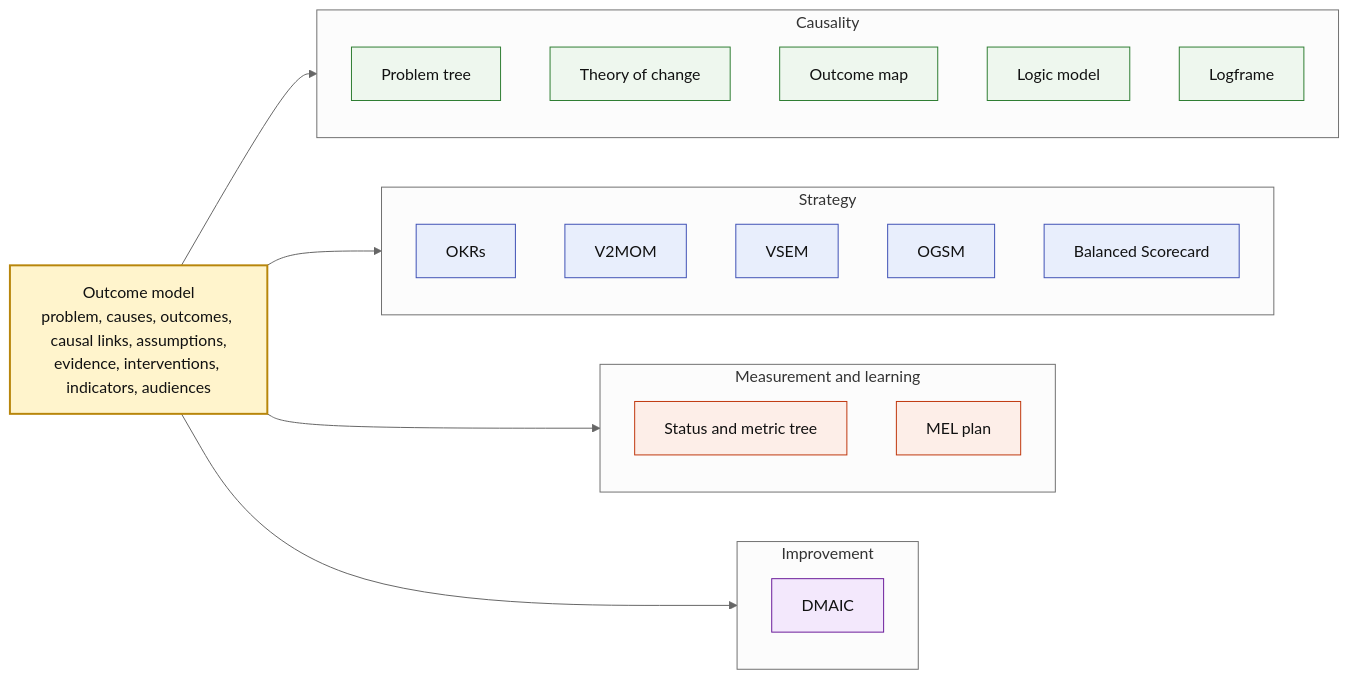
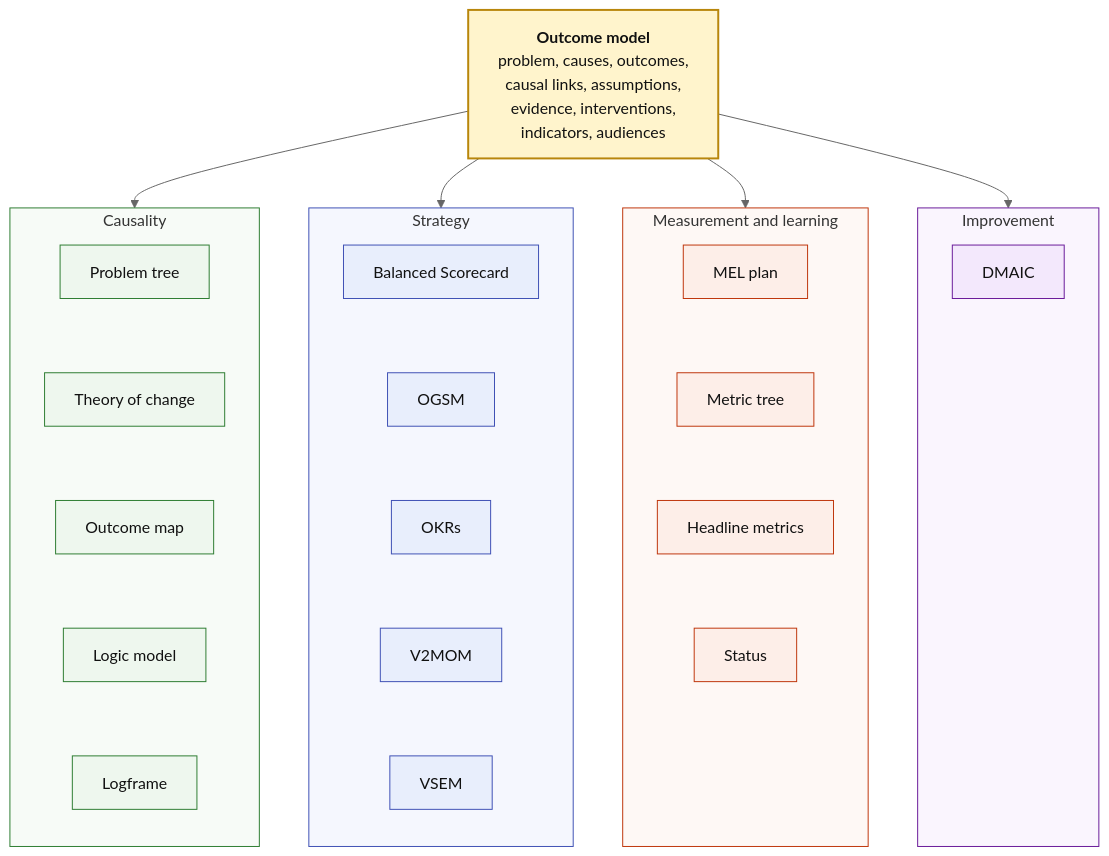
The first of 4 diagrams in docs/index.md (ProductBuildersHQ/impact-model), drawn with Mermaid (neutral theme) before and after one commit. The commit also changed other lines of this file and 1 other file, not shown here.

Commit message:
docs: draw the four views as columns under the outcome model
The overview diagram puts the outcome model on top and causality, strategy,
measurement and learning, and improvement in columns beneath it. Formats that
are steps of one process keep the order they are used in, the strategy
formats are alphabetical, and the projection tables follow the same order,
with a row for status.

Refs: RMI-IMPACTMODEL-028

````diff
--- a/docs/index.md
+++ b/docs/index.md
@@ -32,37 +36,38 @@
 ```mermaid
-flowchart LR
+flowchart TB
   classDef model fill:#fff4cc,stroke:#b8860b,stroke-width:2px,color:#111
   classDef causal fill:#eef7ee,stroke:#2e7d32,color:#111
   classDef strategy fill:#e8eefc,stroke:#3f51b5,color:#111
   classDef measure fill:#fdeee8,stroke:#bf360c,color:#111
   classDef improve fill:#f3e8fc,stroke:#6a1b9a,color:#111
+  classDef spacer fill:none,stroke:none,color:transparent
 
-  om["Outcome model<br/>problem, causes, outcomes, causal links, assumptions,<br/>evidence, interventions, indicators, audiences"]:::model
+  om["<b>Outcome model</b><br/>problem, causes, outcomes,<br/>causal links, assumptions,<br/>evidence, interventions,<br/>indicators, audiences"]:::model
 
   subgraph causality["Causality"]
-    pt["Problem tree"]:::causal
-    toc["Theory of change"]:::causal
-    omap["Outcome map"]:::causal
-    lm["Logic model"]:::causal
-    lf["Logframe"]:::causal
+    direction TB
+    pt["Problem tree"]:::causal ~~~ toc["Theory of change"]:::causal ~~~ omap["Outcome map"]:::causal ~~~ lm["Logic model"]:::causal ~~~ lf["Logframe"]:::causal
   end
   subgraph strategy["Strategy"]
-    okr["OKRs"]:::strategy
-    v2["V2MOM"]:::strategy
-    vs["VSEM"]:::strategy
-    og["OGSM"]:::strategy
-    bs["Balanced Scorecard"]:::strategy
+    direction TB
+    bs["Balanced Scorecard"]:::strategy ~~~ og["OGSM"]:::strategy ~~~ okr["OKRs"]:::strategy ~~~ v2["V2MOM"]:::strategy ~~~ vs["VSEM"]:::strategy
   end
   subgraph measurement["Measurement and learning"]
-    st["Status and metric tree"]:::measure
-    ml["MEL plan"]:::measure
+    direction TB
+    ml["MEL plan"]:::measure ~~~ mt["Metric tree"]:::measure ~~~ hm["Headline metrics"]:::measure ~~~ st["Status"]:::measure ~~~ m5["-"]:::spacer
   end
   subgraph improvement["Improvement"]
-    dm["DMAIC"]:::improve
+    direction TB
+    dm["DMAIC"]:::improve ~~~ i2["-"]:::spacer ~~~ i3["-"]:::spacer ~~~ i4["-"]:::spacer ~~~ i5["-"]:::spacer
   end
 
   om --> causality
   om --> strategy
   om --> measurement
   om --> improvement
+
+  style causality fill:#f7fbf7,stroke:#2e7d32
+  style strategy fill:#f5f7fe,stroke:#3f51b5
+  style measurement fill:#fef8f5,stroke:#bf360c
+  style improvement fill:#faf5fe,stroke:#6a1b9a
 ```
````
